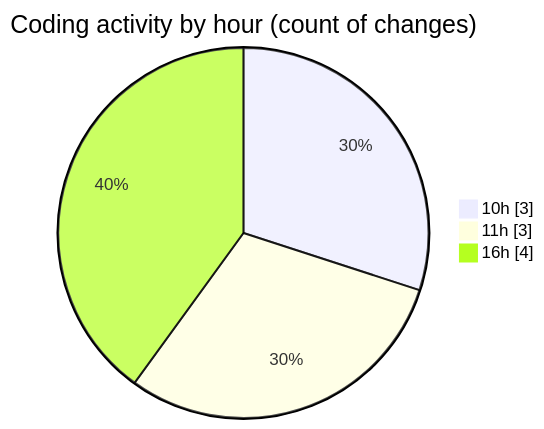
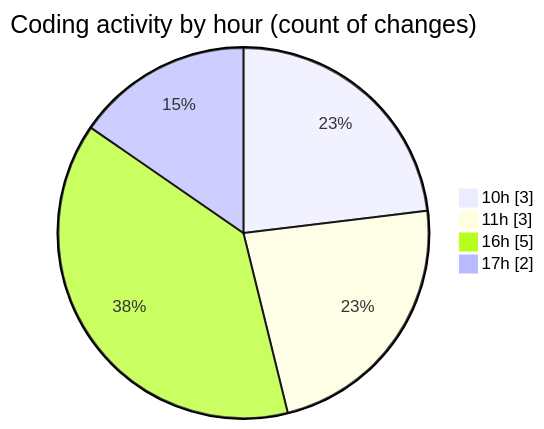
Before and after one commit to charlie-sans/code-tracking: the second of 2 diagrams in 2025-02-26/micros/README.md, drawn with Mermaid. The commit also changed other lines of this file and 1 other file, not shown here.

````diff
--- a/2025-02-26/micros/README.md
+++ b/2025-02-26/micros/README.md
@@ -31,7 +31,8 @@
 ```mermaid
 pie showData
 title Coding activity by hour (count of changes)
 "10h" : 3
 "11h" : 3
-"16h" : 4
+"16h" : 5
+"17h" : 2
 ```
````
